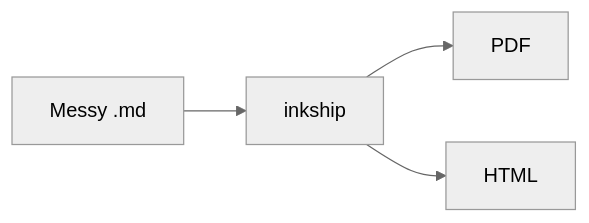
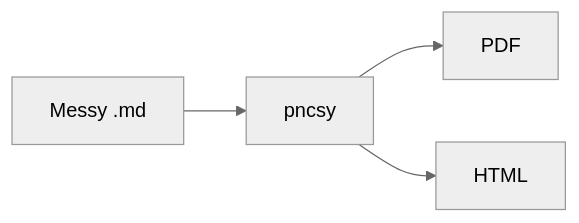
Before and after one commit to kushjaggi/pncsy: the diagram in examples/sample.md, drawn with Mermaid (neutral theme). The commit also changed other lines of this file and 11 other files, not shown here.

````diff
--- a/examples/sample.md
+++ b/examples/sample.md
@@ -21,6 +21,6 @@
 ```mermaid
 flowchart LR
-  A[Messy .md] --> B[inkship]
+  A[Messy .md] --> B[pncsy]
   B --> C[PDF]
   B --> D[HTML]
 ```
````
